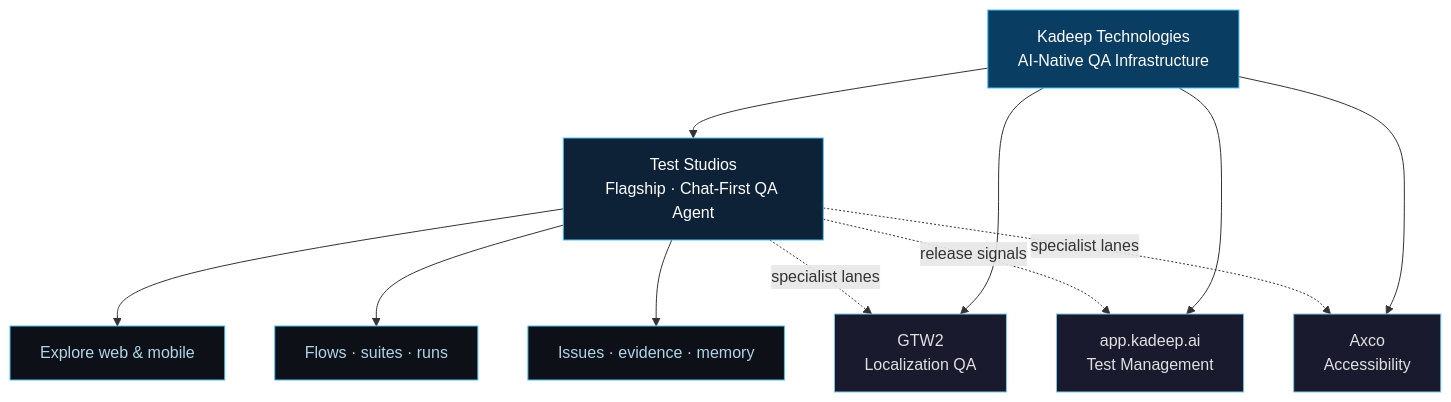
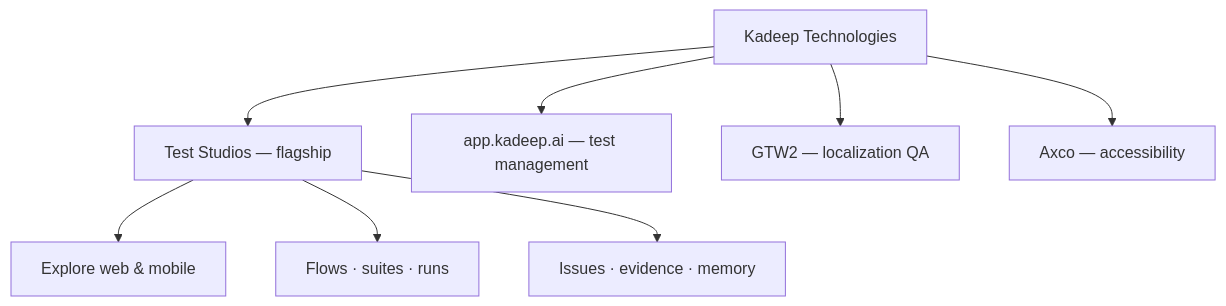
Before and after one commit to kadeep-ai/.github: the second of 3 diagrams in profile/README.md, drawn with Mermaid. The commit also changed other lines of this file, not shown here.

````diff
--- a/profile/README.md
+++ b/profile/README.md
@@ -89,23 +116,13 @@
 ```mermaid
-graph TB
-    classDef platform fill:#0a3d62,stroke:#4FC3F7,color:#ffffff
-    classDef flagship fill:#0d2137,stroke:#4FC3F7,color:#ffffff
-    classDef support fill:#1a1a2e,stroke:#7ec8e3,color:#e0e0e0
-    classDef capability fill:#0d1117,stroke:#4FC3F7,color:#b0d4e8
+flowchart TB
+    K[Kadeep Technologies]
 
-    K["Kadeep Technologies<br/>AI-Native QA Infrastructure"]:::platform
+    K --> TS[Test Studios — flagship]
+    K --> TM[app.kadeep.ai — test management]
+    K --> LQ[GTW2 — localization QA]
+    K --> AX[Axco — accessibility]
 
-    K --> TS["Test Studios<br/>Flagship · Chat-First QA Agent"]:::flagship
-
-    TS --> C1["Explore web & mobile"]:::capability
-    TS --> C2["Flows · suites · runs"]:::capability
-    TS --> C3["Issues · evidence · memory"]:::capability
-
-    K --> TM["app.kadeep.ai<br/>Test Management"]:::support
-    K --> LQ["GTW2<br/>Localization QA"]:::support
-    K --> AX["Axco<br/>Accessibility"]:::support
-
-    TS -.->|specialist lanes| LQ
-    TS -.->|specialist lanes| AX
-    TS -.->|release signals| TM
+    TS --> Cap1[Explore web & mobile]
+    TS --> Cap2[Flows · suites · runs]
+    TS --> Cap3[Issues · evidence · memory]
 ```
````
